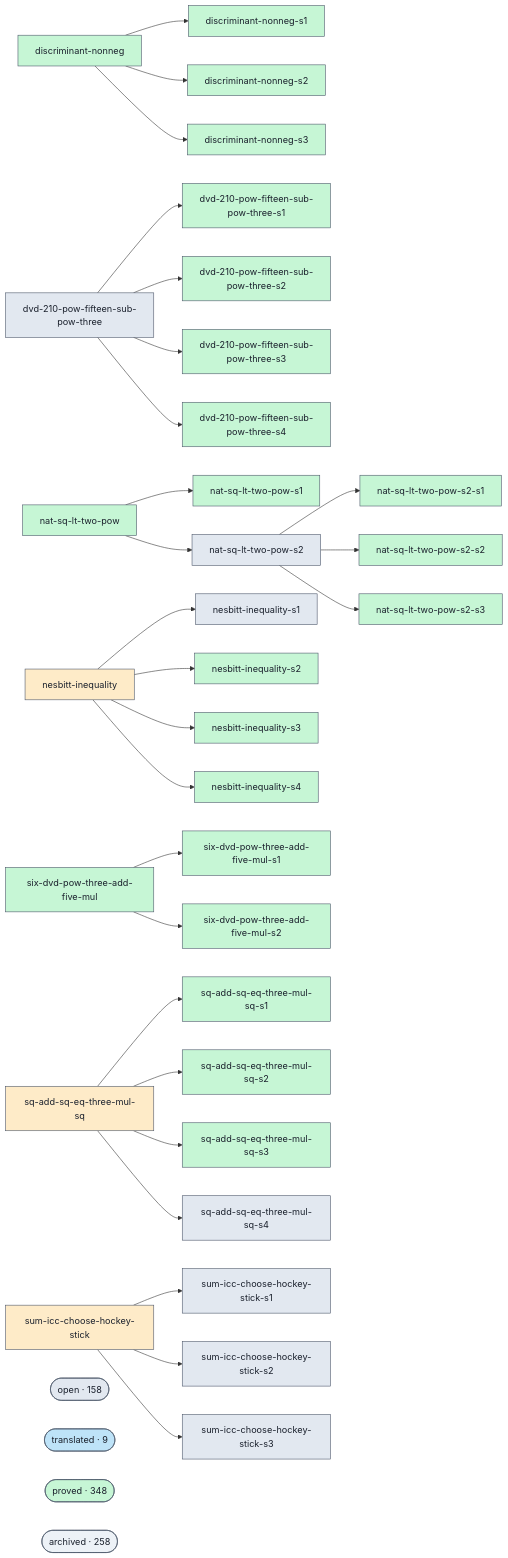
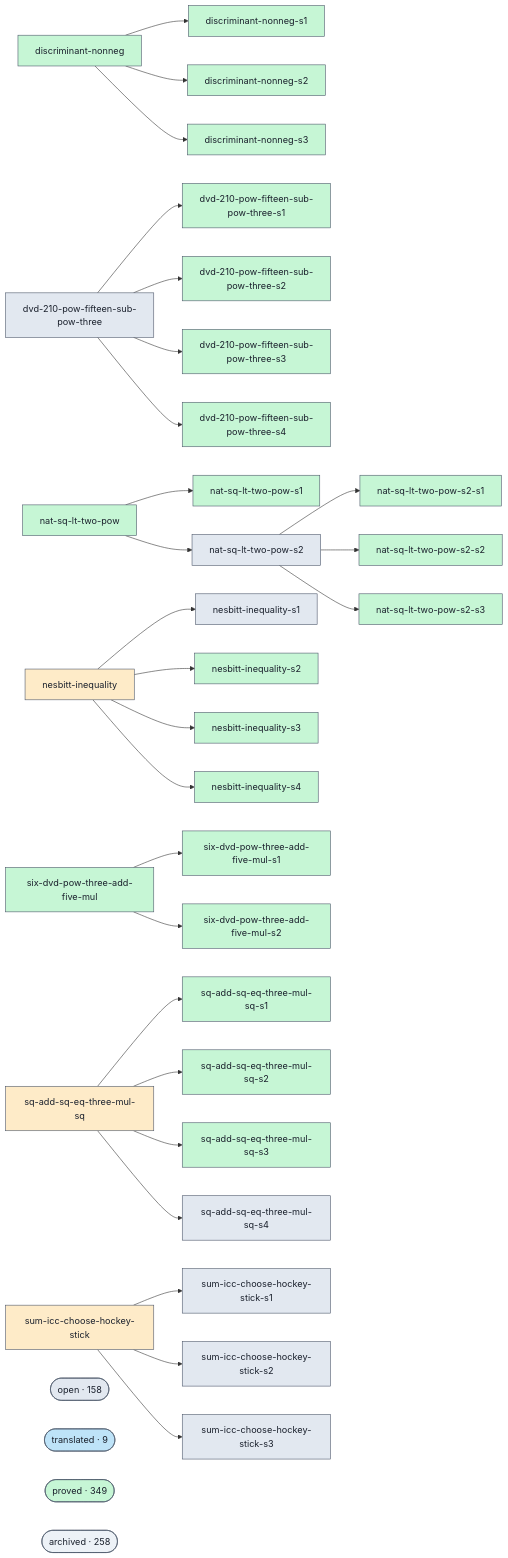
Before and after one commit to Rauxon/unsorry: the diagram in docs/proofs-contributors-visualisation.md, drawn with Mermaid. The commit also changed other lines of this file and 2 other files, not shown here.

```diff
--- a/docs/proofs-contributors-visualisation.md
+++ b/docs/proofs-contributors-visualisation.md
@@ -147,7 +147,7 @@
   class cluster_open open;
   cluster_translated(["translated · 9"])
   class cluster_translated translated;
-  cluster_proved(["proved · 348"])
+  cluster_proved(["proved · 349"])
   class cluster_proved proved;
   cluster_archived(["archived · 258"])
   class cluster_archived unknown;
```
